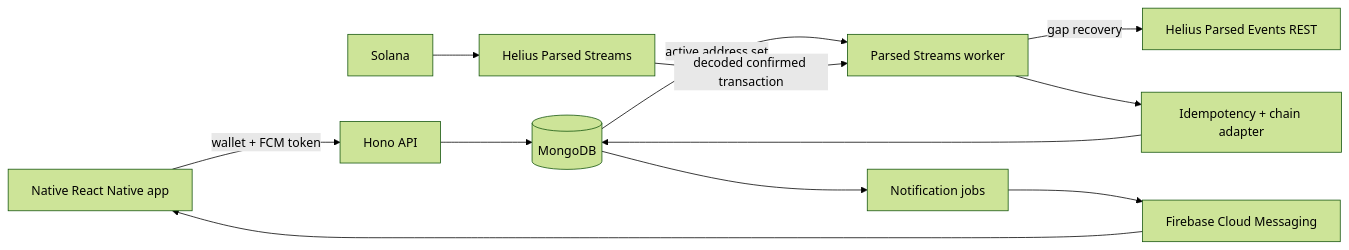
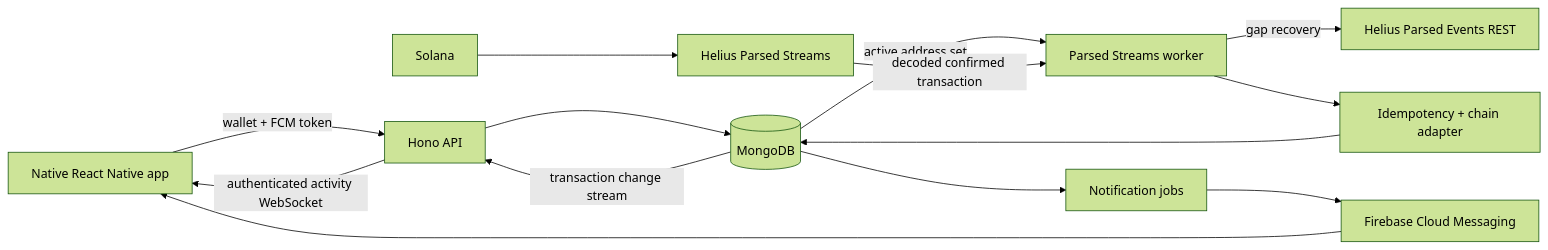
The diagram in docs/architecture.md (heymike777/whoaped), drawn with Mermaid (forest theme) before and after one commit. The commit also changed other lines of this file and 13 other files, not shown here.

Commit message:
Stream activity updates to the mobile feed

````diff
--- a/docs/architecture.md
+++ b/docs/architecture.md
@@ -11,14 +11,16 @@
 ```mermaid
 flowchart LR
   M["Native React Native app"] -->|"wallet + FCM token"| A["Hono API"]
   A --> P[("MongoDB")]
   P -->|"active address set"| W["Parsed Streams worker"]
   S["Solana"] --> H["Helius Parsed Streams"]
   H -->|"decoded confirmed transaction"| W
   W -->|"gap recovery"| B["Helius Parsed Events REST"]
   W --> D["Idempotency + chain adapter"]
   D --> P
+  P -->|"transaction change stream"| A
+  A -->|"authenticated activity WebSocket"| M
   P --> J["Notification jobs"]
   J --> E["Firebase Cloud Messaging"]
   E --> M
 ```
````
